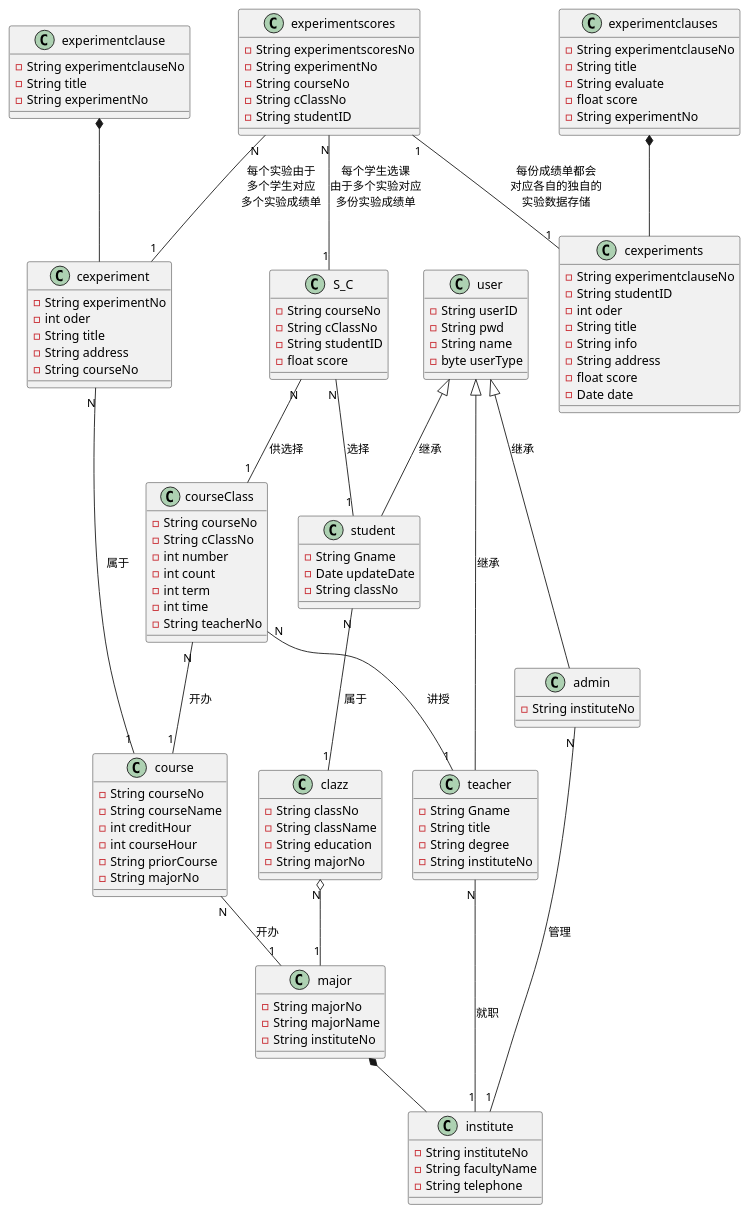
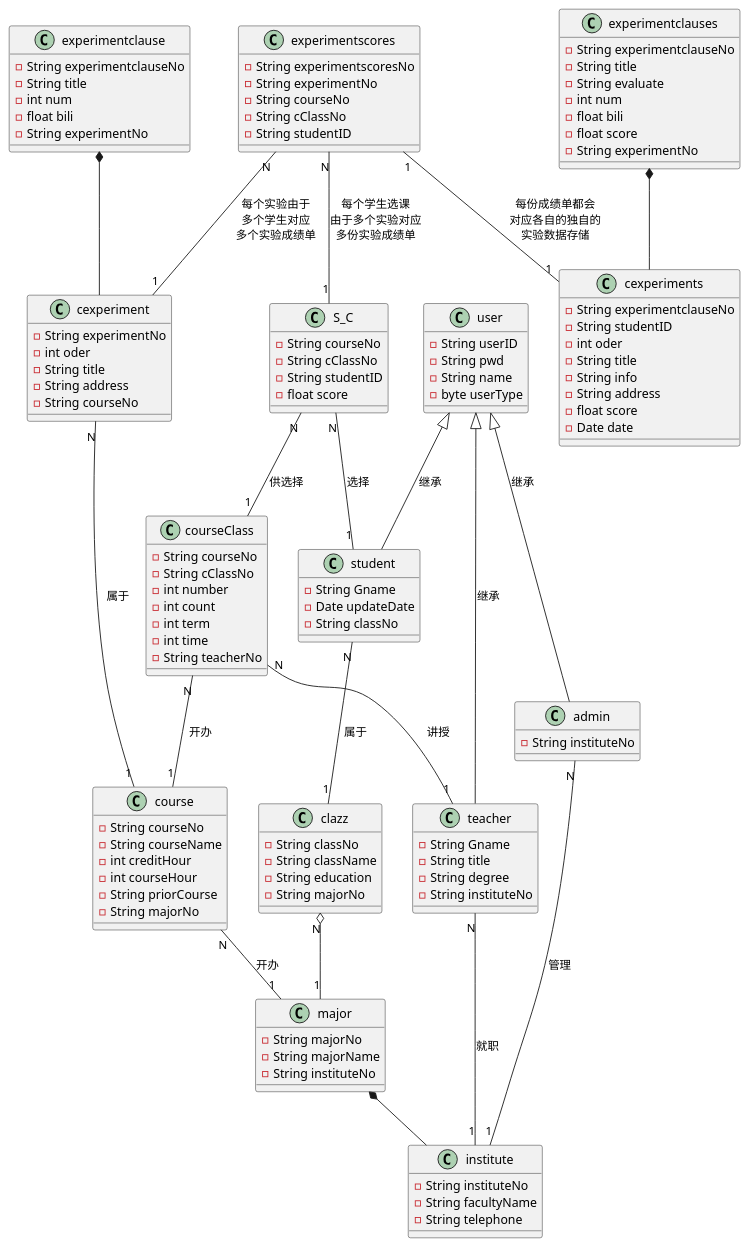
One commit to 201610414130/is_analysis-4 changed the diagram in test6/classView.pu. Above: the diagram before and after it, drawn with PlantUML. The commit also changed 7 other files, not shown here.

```diff
--- a/test6/classView.pu
+++ b/test6/classView.pu
@@ -1,119 +1,123 @@
 @startuml 实验管理平台类图
 class user{
     -String userID
     -String pwd
     -String name
     -byte userType
 }
 class student{
     -String Gname
     -Date updateDate
     -String classNo
 }
 class teacher{
     -String Gname
     -String title
     -String degree
     -String instituteNo
 }
 class admin{
     -String instituteNo
 }
 class clazz{
     -String classNo
     -String className
     -String education
     -String majorNo
 }
 class major{
     -String majorNo
     -String majorName
     -String instituteNo
 }
 class institute{
     -String instituteNo
     -String facultyName
     -String telephone
 }
 class course{
     -String courseNo
     -String courseName
     -int creditHour
     -int courseHour
     -String priorCourse
     -String majorNo
 }
 class courseClass{
     -String courseNo
     -String cClassNo
     -int number
     -int count
     -int term
     -int time
     -String teacherNo
 }
 class S_C{
     -String courseNo
     -String cClassNo
     -String studentID
     -float score
 }
 
 class cexperiment{
     -String experimentNo
     -int oder
     -String title
     -String address
     -String courseNo
 }
 
 class experimentclause{
     -String experimentclauseNo
     -String title
+    -int num
+    -float bili
     -String experimentNo
 }
 
 class cexperiments{
     -String experimentclauseNo
     -String studentID
     -int oder
     -String title
     -String info
     -String address
     -float score
     -Date date
 }
 class experimentclauses{
     -String experimentclauseNo
     -String title
     -String evaluate
+    -int num
+    -float bili
     -float score
     -String experimentNo
 }
 class experimentscores{
     -String experimentscoresNo
     -String experimentNo
     -String courseNo
     -String cClassNo
     -String studentID
 }
 student -up-|> user:继承
 teacher -up-|> user:继承
 admin -up-|> user:继承
 student "N" -- "1" clazz:属于
 clazz "N" o-- "1" major
 major *-- institute
 teacher "N" -- "1" institute:就职
 admin "N" -- "1" institute:管理
 S_C "N" -- "1" student:选择
 S_C "N" -- "1" courseClass:供选择
 courseClass "N" -- "1" course:开办
 courseClass "N" -- "1" teacher:讲授
 course "N" -- "1" major:开办
 experimentclause *-- cexperiment
 cexperiment "N" -- "1" course:属于
 experimentscores "N" -- "1" S_C:每个学生选课\n由于多个实验对应\n多份实验成绩单
 experimentscores "N" -- "1" cexperiment:每个实验由于\n多个学生对应\n多个实验成绩单
 experimentclauses *-- cexperiments
 experimentscores "1"--"1" cexperiments:每份成绩单都会\n对应各自的独自的\n实验数据存储
 @enduml
```
